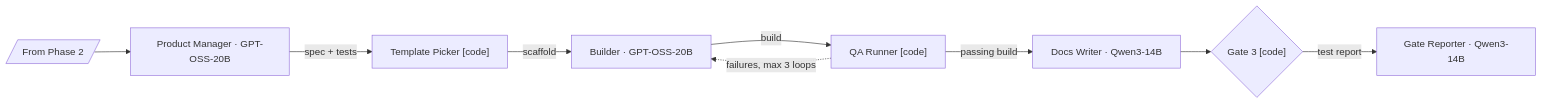
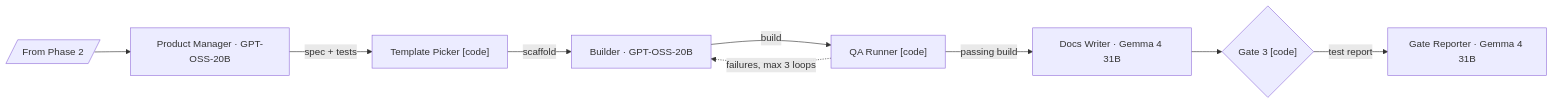
One commit to Lotr2/sudo_win changed the fourth of 9 diagrams in ARCHITECTURE.md. Above: the diagram before and after it, drawn with Mermaid. The commit also changed other lines of this file and 15 other files, not shown here.

First line of the commit message:
Switch second model from Qwen3-14B to Gemma 4 31B on the Gemini API

````diff
--- a/ARCHITECTURE.md
+++ b/ARCHITECTURE.md
@@ -237,6 +237,6 @@
 ```mermaid
 flowchart LR
   in3[/"From Phase 2"/] --> pm["Product Manager · GPT-OSS-20B"] -->|spec + tests| tpl["Template Picker [code]"] -->|scaffold| build["Builder · GPT-OSS-20B"] -->|build| qa["QA Runner [code]"]
   qa -.->|failures, max 3 loops| build
-  qa -->|passing build| docs["Docs Writer · Qwen3-14B"] --> g3{"Gate 3 [code]"} -->|test report| rep3["Gate Reporter · Qwen3-14B"]
+  qa -->|passing build| docs["Docs Writer · Gemma 4 31B"] --> g3{"Gate 3 [code]"} -->|test report| rep3["Gate Reporter · Gemma 4 31B"]
 ```
````
